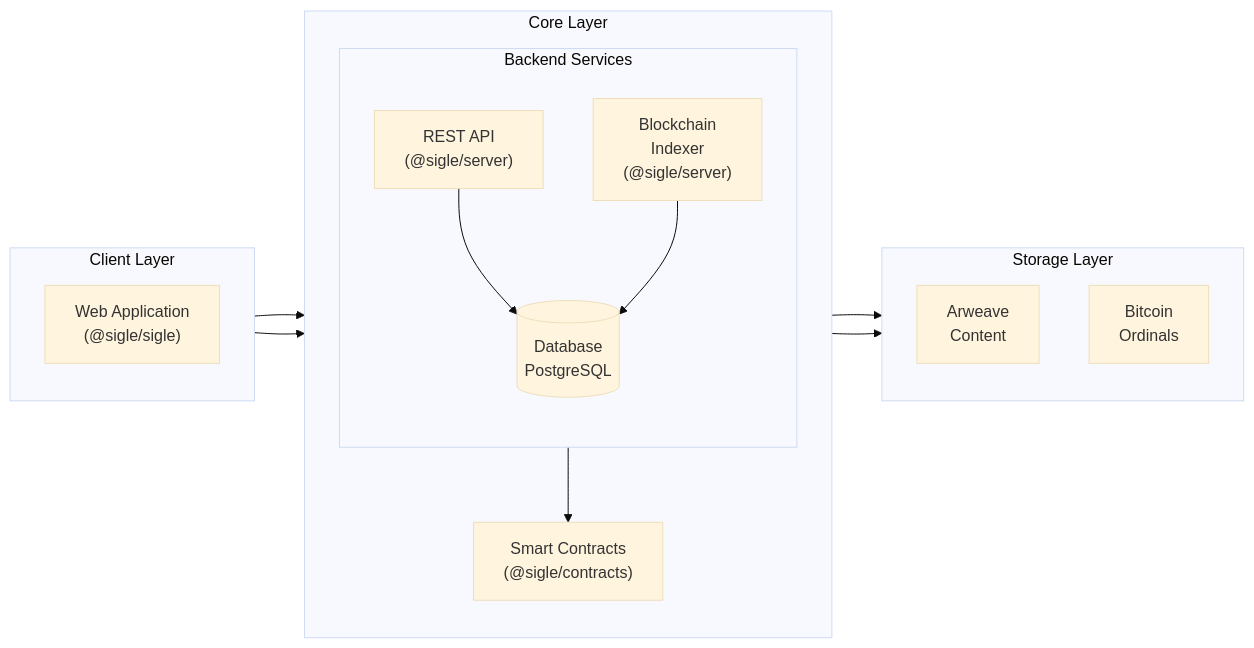
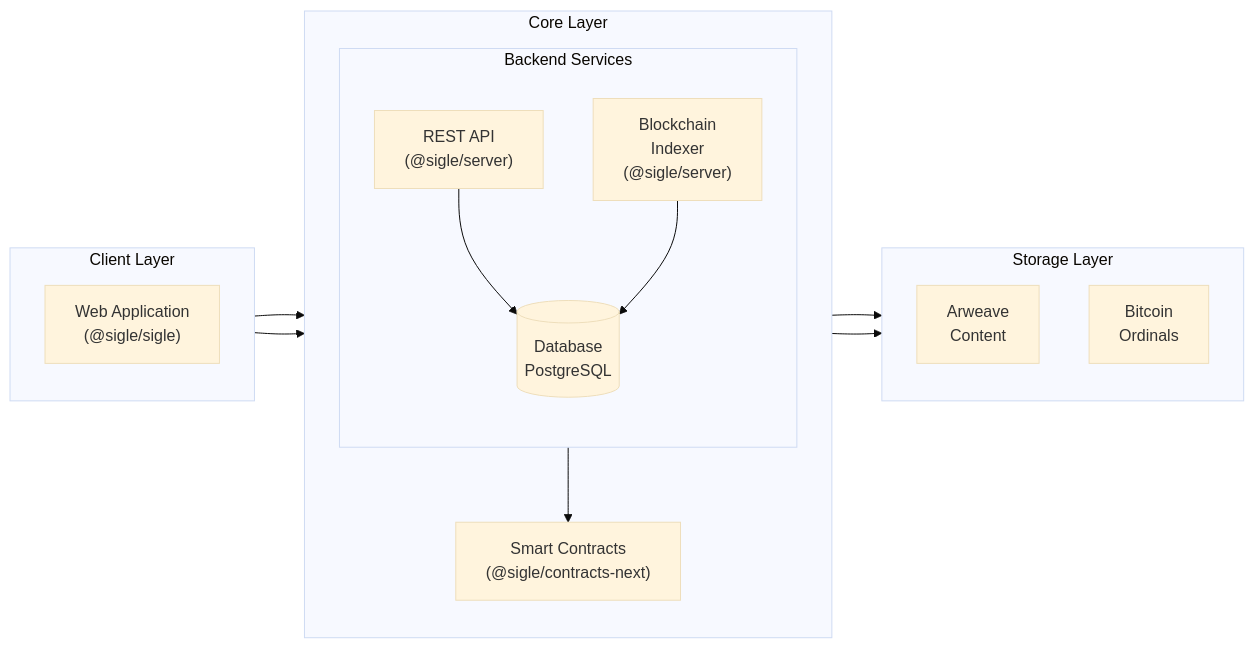
One commit to sigle/sigle changed the diagram in apps/docs/src/content/docs/architecture.mdx. Above: the diagram before and after it, drawn with Mermaid (base theme). The commit also changed other lines of this file and 59 other files, not shown here.

````diff
--- a/apps/docs/src/content/docs/architecture.mdx
+++ b/apps/docs/src/content/docs/architecture.mdx
@@ -15,37 +15,37 @@
 ```mermaid
 flowchart LR
     %% Define core application components
     subgraph Client[" Client Layer "]
         direction TB
         UI["Web Application<br/>(@sigle/sigle)"]
     end
 
     subgraph Core[" Core Layer "]
         direction TB
-        Contracts["Smart Contracts<br/>(@sigle/contracts)"]
+        Contracts["Smart Contracts<br/>(@sigle/contracts-next)"]
 
         subgraph Backend[" Backend Services "]
             direction TB
             API["REST API<br/>(@sigle/server)"]
             Indexer["Blockchain<br/>Indexer<br/>(@sigle/server)"]
             DB[(Database<br/>PostgreSQL)]
         end
     end
 
     subgraph Storage[" Storage Layer "]
         direction TB
         Arweave["Arweave<br/>Content"]
         Ordinals["Bitcoin<br/>Ordinals"]
     end
 
     %% Define connections
     UI --> Contracts
     UI --> API
 
     API --> DB
     Indexer --> DB
 
     Indexer --> Contracts
     Indexer --> Arweave
     Indexer --> Ordinals
 ```
````
